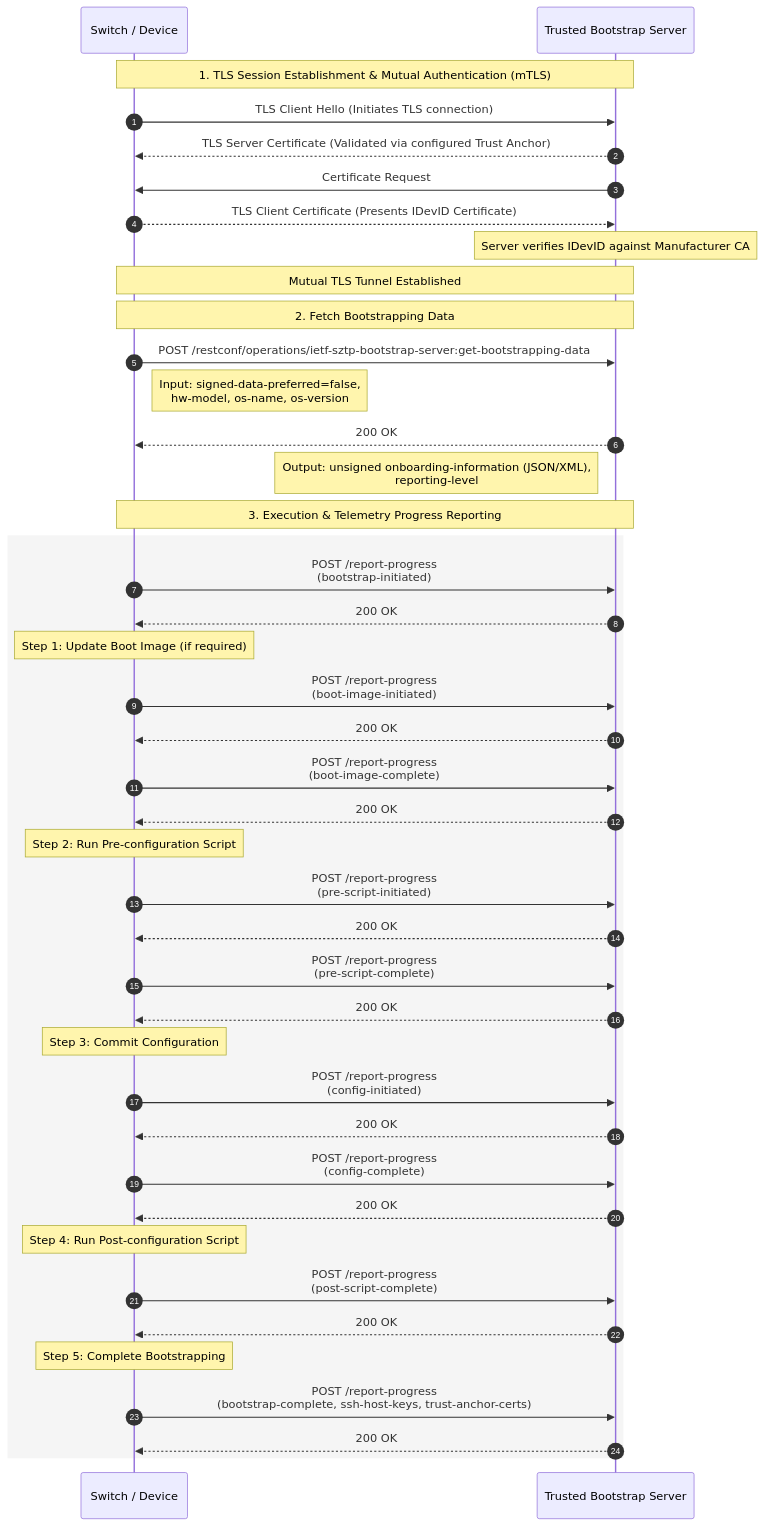
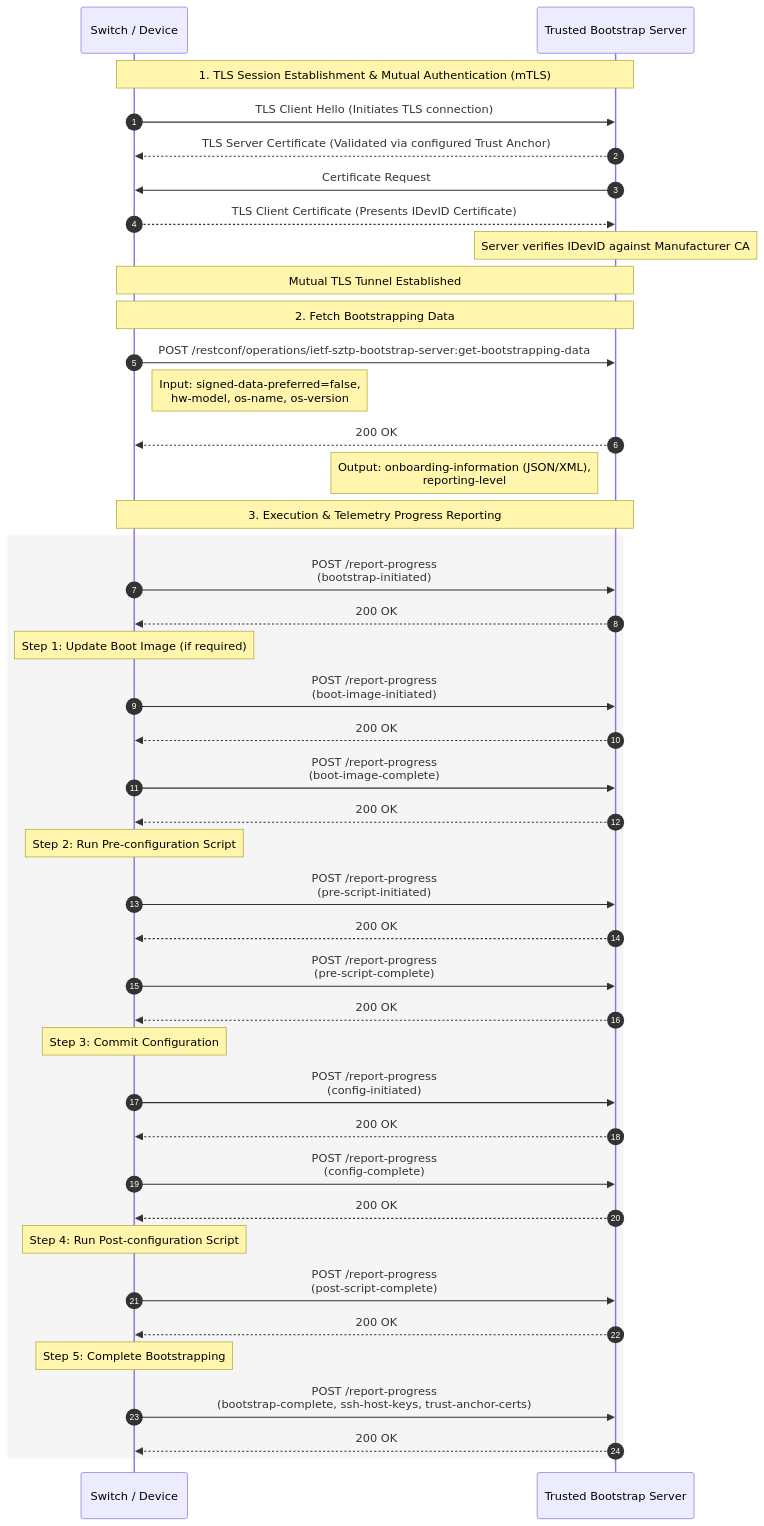
One commit to sonic-net/SONiC changed diagram 14 of 14 in doc/ztp/trusted-ztp.md. Above: the diagram before and after it, drawn with Mermaid. The commit also changed other lines of this file, not shown here.

````diff
--- a/doc/ztp/trusted-ztp.md
+++ b/doc/ztp/trusted-ztp.md
@@ -1917,68 +1917,68 @@
 ```mermaid
 sequenceDiagram
     autonumber
 
     participant Switch as Switch / Device
     participant Server as Trusted Bootstrap Server
 
     Note over Switch,Server: 1. TLS Session Establishment & Mutual Authentication (mTLS)
 
     Switch->>Server: TLS Client Hello (Initiates TLS connection)
     Server-->>Switch: TLS Server Certificate (Validated via configured Trust Anchor)
     Server->>Switch: Certificate Request
     Switch-->>Server: TLS Client Certificate (Presents IDevID Certificate)
 
     Note over Server: Server verifies IDevID against Manufacturer CA
     Note over Switch,Server: Mutual TLS Tunnel Established
 
     Note over Switch,Server: 2. Fetch Bootstrapping Data
 
     Switch->>Server: POST /restconf/operations/ietf-sztp-bootstrap-server:get-bootstrapping-data
     Note right of Switch: Input: signed-data-preferred=false,<br/>hw-model, os-name, os-version
 
     Server-->>Switch: 200 OK
-    Note left of Server: Output: unsigned onboarding-information (JSON/XML),<br/>reporting-level
+    Note left of Server: Output: onboarding-information (JSON/XML),<br/>reporting-level
 
     Note over Switch,Server: 3. Execution & Telemetry Progress Reporting
 
     rect rgb(245,245,245)
 
         Switch->>Server: POST /report-progress<br/>(bootstrap-initiated)
         Server-->>Switch: 200 OK
 
         Note over Switch: Step 1: Update Boot Image (if required)
 
         Switch->>Server: POST /report-progress<br/>(boot-image-initiated)
         Server-->>Switch: 200 OK
 
         Switch->>Server: POST /report-progress<br/>(boot-image-complete)
         Server-->>Switch: 200 OK
 
         Note over Switch: Step 2: Run Pre-configuration Script
 
         Switch->>Server: POST /report-progress<br/>(pre-script-initiated)
         Server-->>Switch: 200 OK
 
         Switch->>Server: POST /report-progress<br/>(pre-script-complete)
         Server-->>Switch: 200 OK
 
         Note over Switch: Step 3: Commit Configuration
 
         Switch->>Server: POST /report-progress<br/>(config-initiated)
         Server-->>Switch: 200 OK
 
         Switch->>Server: POST /report-progress<br/>(config-complete)
         Server-->>Switch: 200 OK
 
         Note over Switch: Step 4: Run Post-configuration Script
 
         Switch->>Server: POST /report-progress<br/>(post-script-complete)
         Server-->>Switch: 200 OK
 
         Note over Switch: Step 5: Complete Bootstrapping
 
         Switch->>Server: POST /report-progress<br/>(bootstrap-complete, ssh-host-keys, trust-anchor-certs)
         Server-->>Switch: 200 OK
 
     end
 ```
````
